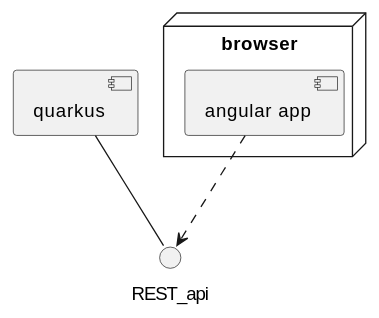
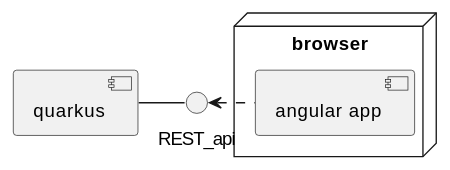
Before and after one commit to 2021-4ahitm-sew/2021-4ahitm-sew-lecture-notes: diagram 15 of 15 in asciidocs/index.adoc, drawn with PlantUML. The commit also changed other lines of this file and 3 other files, not shown here.

```diff
--- a/asciidocs/index.adoc
+++ b/asciidocs/index.adoc
@@ -1759,11 +1759,11 @@
 [plantuml,webapi,png]
 ----
 @startuml
 node browser {
  component [angular app]
 }
 component quarkus
-[quarkus] -- REST_api
-[angular app] ..> REST_api
+[quarkus] -right- REST_api
+[angular app] .left.> REST_api
 @enduml
 ----
```
